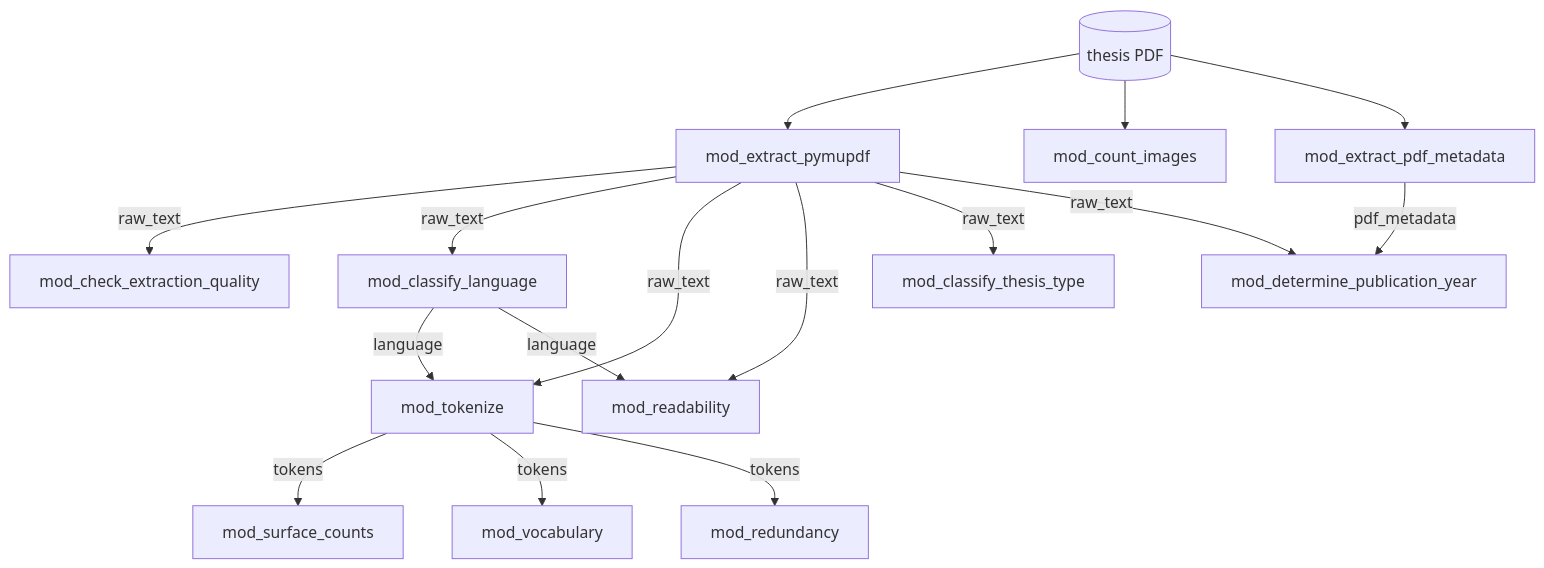
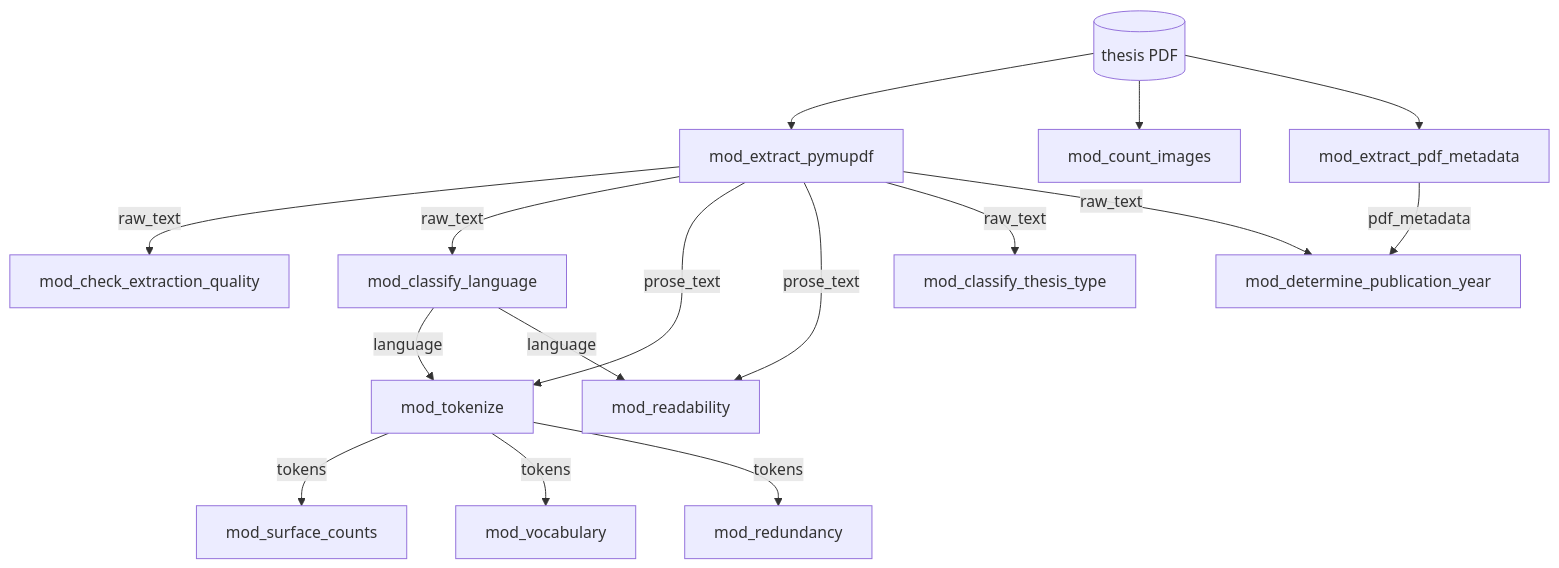
Before and after one commit to olistroemer/Thesis_Text_Analyzer: the fifth of 8 diagrams in docs/SDD.md, drawn with Mermaid. The commit also changed other lines of this file and 6 other files, not shown here.

````diff
--- a/docs/SDD.md
+++ b/docs/SDD.md
@@ -258,18 +259,18 @@
 ```mermaid
 flowchart TD
     PDF[(thesis PDF)] --> M1[mod_extract_pymupdf]
     PDF --> M9[mod_count_images]
     PDF --> M10[mod_extract_pdf_metadata]
     M1 -->|raw_text| M2[mod_check_extraction_quality]
     M1 -->|raw_text| M3[mod_classify_language]
-    M1 -->|raw_text| M4[mod_tokenize]
+    M1 -->|prose_text| M4[mod_tokenize]
     M3 -->|language| M4
-    M1 -->|raw_text| M7[mod_readability]
+    M1 -->|prose_text| M7[mod_readability]
     M3 -->|language| M7
     M4 -->|tokens| M5[mod_surface_counts]
     M4 -->|tokens| M6[mod_vocabulary]
     M4 -->|tokens| M8[mod_redundancy]
     M1 -->|raw_text| M11[mod_classify_thesis_type]
     M1 -->|raw_text| M12[mod_determine_publication_year]
     M10 -->|pdf_metadata| M12
 ```
````
